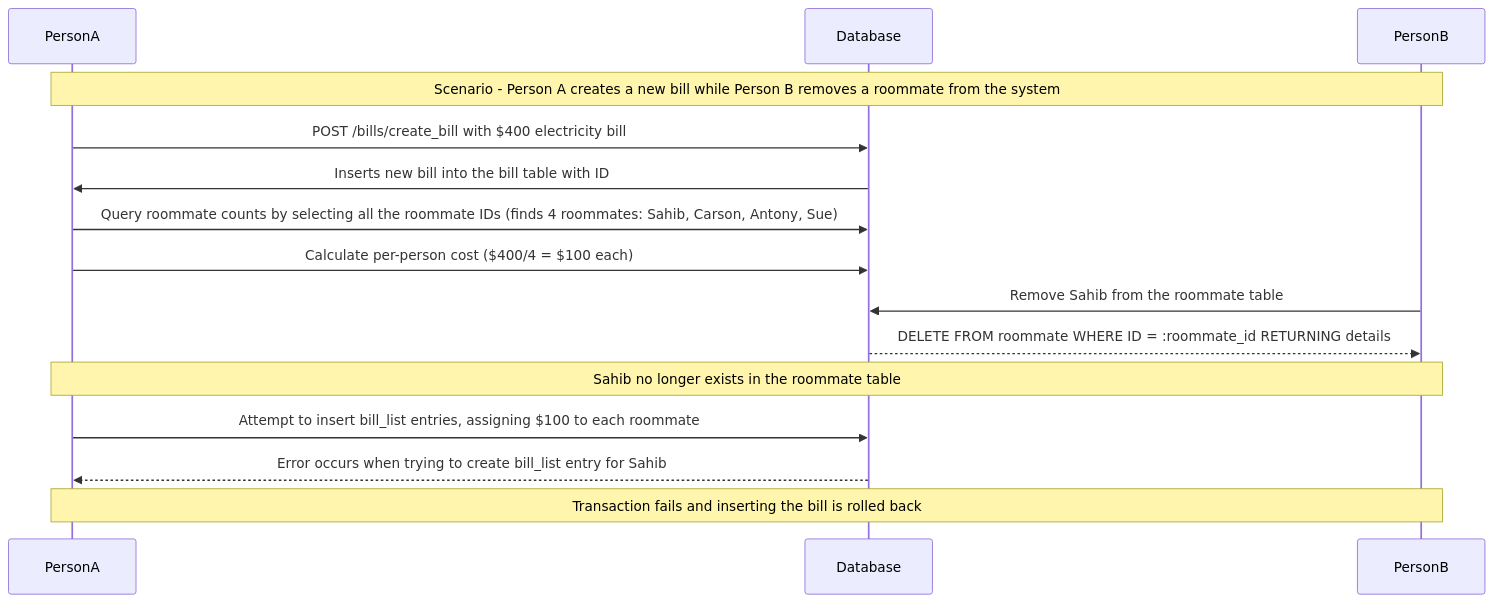
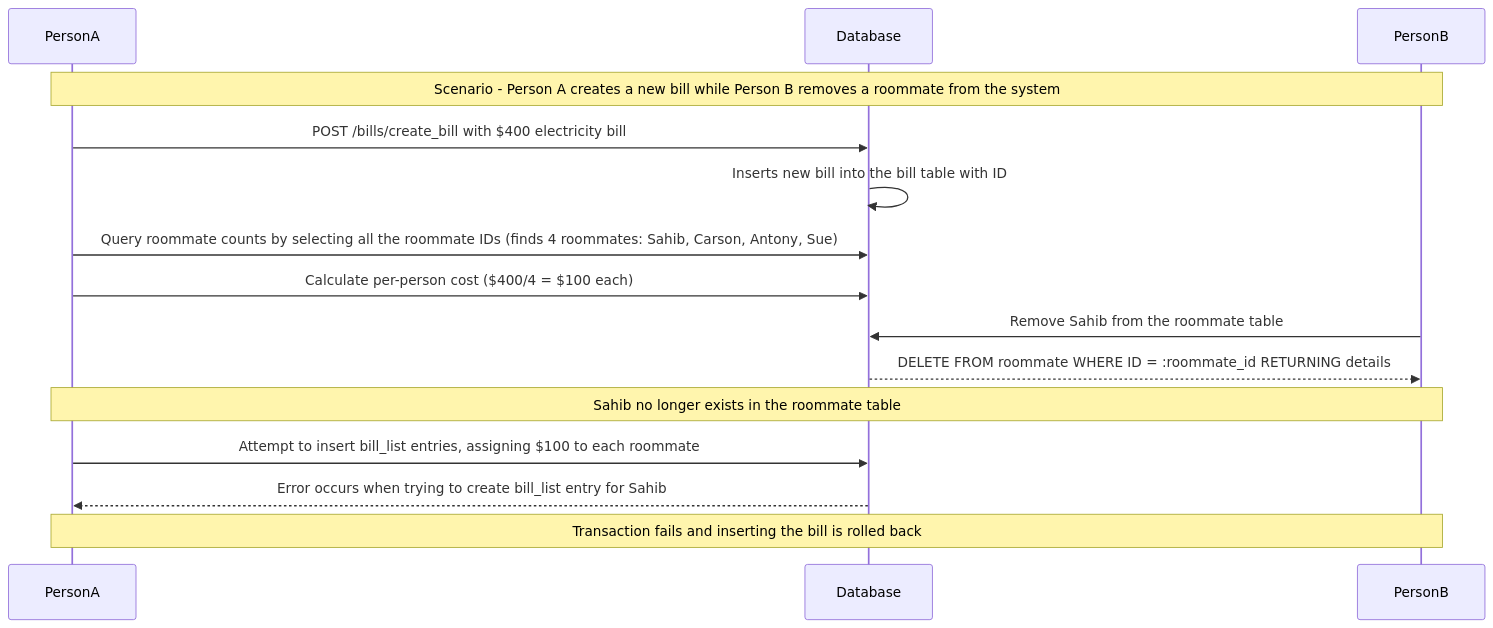
The first of 2 diagrams in docs/concurrency.md (s6hib/Chore-Tracker-API), drawn with Mermaid before and after one commit.

````diff
--- a/docs/concurrency.md
+++ b/docs/concurrency.md
@@ -18,18 +18,18 @@
 ``` mermaid
 sequenceDiagram
     participant PersonA
     participant Database
     participant PersonB
 
     Note over PersonA, PersonB: Scenario - Person A creates a new bill while Person B removes a roommate from the system
     PersonA->>Database: POST /bills/create_bill with $400 electricity bill
-    Database->>PersonA: Inserts new bill into the bill table with ID #14
+    Database->>Database: Inserts new bill into the bill table with ID #14
     PersonA->>Database: Query roommate counts by selecting all the roommate IDs (finds 4 roommates: Sahib, Carson, Antony, Sue)
     PersonA->>Database: Calculate per-person cost ($400/4 = $100 each)
     PersonB->>Database: Remove Sahib from the roommate table
     Database-->>PersonB: DELETE FROM roommate WHERE ID = :roommate_id RETURNING details
     Note over PersonA, PersonB: Sahib no longer exists in the roommate table
     PersonA->>Database: Attempt to insert bill_list entries, assigning $100 to each roommate
     Database-->>PersonA: Error occurs when trying to create bill_list entry for Sahib
     Note over PersonA, PersonB: Transaction fails and inserting the bill is rolled back
 ```
````
